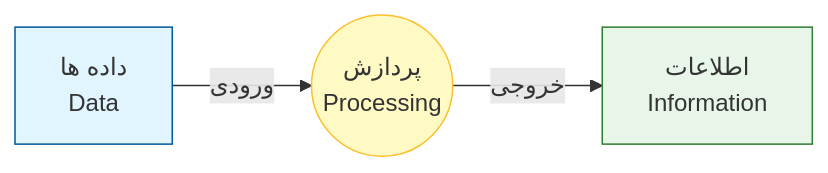
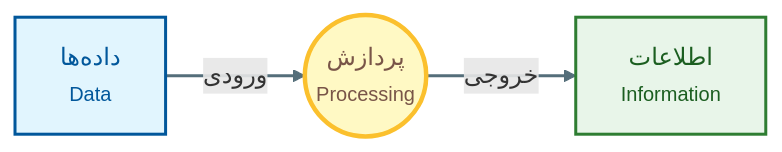
One commit to issa-bagheryan/mabani-computer changed the first of 11 diagrams in Chapter 1.md. Above: the diagram before and after it, drawn with Mermaid.

Commit message:
Update flowchart styles and labels in Chapter 1

````diff
--- a/Chapter 1.md
+++ b/Chapter 1.md
@@ -66,9 +66,12 @@
 ```mermaid
-graph LR
-    A[داده ها <br> Data] -->|ورودی| B((پردازش <br> Processing))
-    B -->|خروجی| C[اطلاعات <br> Information]
-    
-    style A fill:#e1f5fe,stroke:#01579b
-    style B fill:#fff9c4,stroke:#fbc02d
-    style C fill:#e8f5e9,stroke:#2e7d32
+flowchart LR
+
+    A["داده‌ها<br/><small>Data</small>"] -->|ورودی| B(("پردازش<br/><small>Processing</small>"))
+    B -->|خروجی| C["اطلاعات<br/><small>Information</small>"]
+
+    style A fill:#e1f5fe,stroke:#01579b,stroke-width:2px,color:#01579b
+    style B fill:#fff9c4,stroke:#fbc02d,stroke-width:3px,color:#795548
+    style C fill:#e8f5e9,stroke:#2e7d32,stroke-width:2px,color:#1b5e20
+
+    linkStyle default stroke:#546e7a,stroke-width:2px
 ```
````
